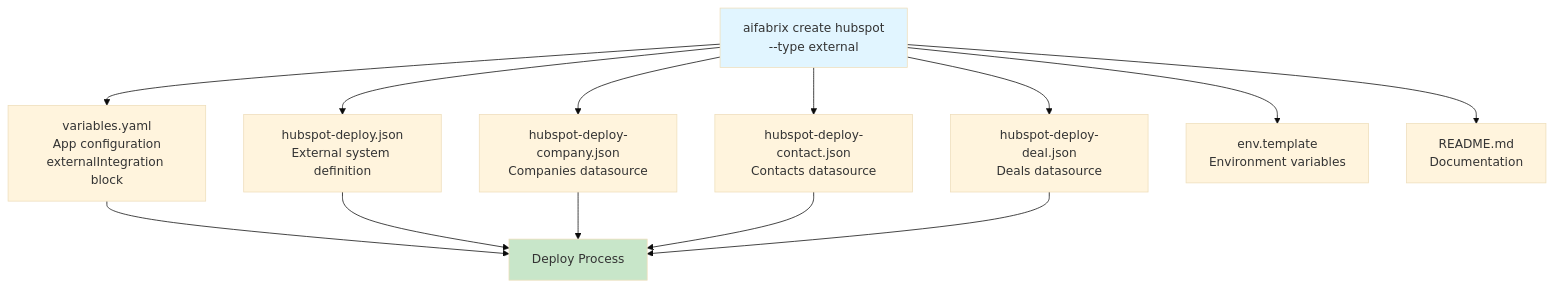
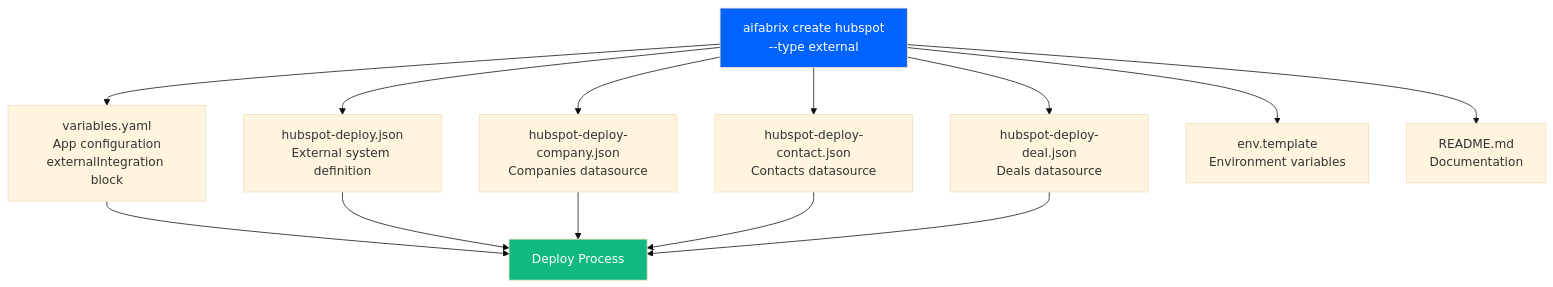
The second of 3 diagrams in docs/EXTERNAL-SYSTEMS.md (esystemsdev/aifabrix-builder), drawn with Mermaid (base theme) before and after one commit. The commit also changed other lines of this file and 9 other files, not shown here.

````diff
--- a/docs/EXTERNAL-SYSTEMS.md
+++ b/docs/EXTERNAL-SYSTEMS.md
@@ -78,19 +78,19 @@
 ```mermaid
 graph TD
     Create[aifabrix create hubspot<br/>--type external] --> Variables[variables.yaml<br/>App configuration<br/>externalIntegration block]
     Create --> SystemJson[hubspot-deploy.json<br/>External system definition]
     Create --> Datasource1[hubspot-deploy-company.json<br/>Companies datasource]
     Create --> Datasource2[hubspot-deploy-contact.json<br/>Contacts datasource]
     Create --> Datasource3[hubspot-deploy-deal.json<br/>Deals datasource]
     Create --> EnvTemplate[env.template<br/>Environment variables]
     Create --> Readme[README.md<br/>Documentation]
     
     Variables --> Deploy[Deploy Process]
     SystemJson --> Deploy
     Datasource1 --> Deploy
     Datasource2 --> Deploy
     Datasource3 --> Deploy
     
-    style Create fill:#e1f5ff
-    style Deploy fill:#c8e6c9
+    style Create fill:#0062FF,color:#FFFFFF
+    style Deploy fill:#10B981,color:#FFFFFF
 ```
````
